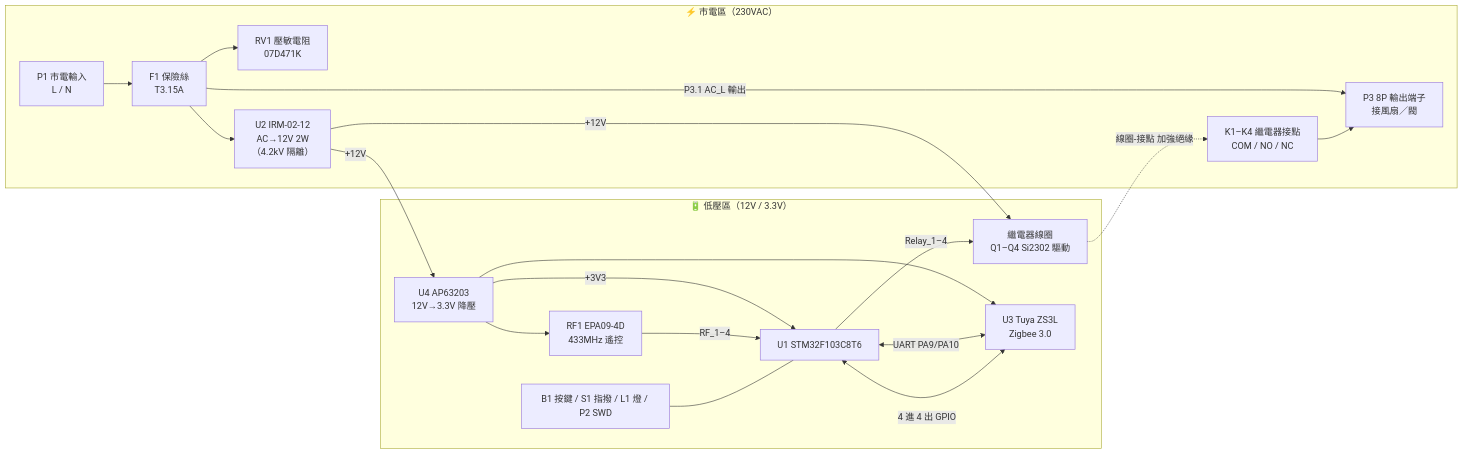
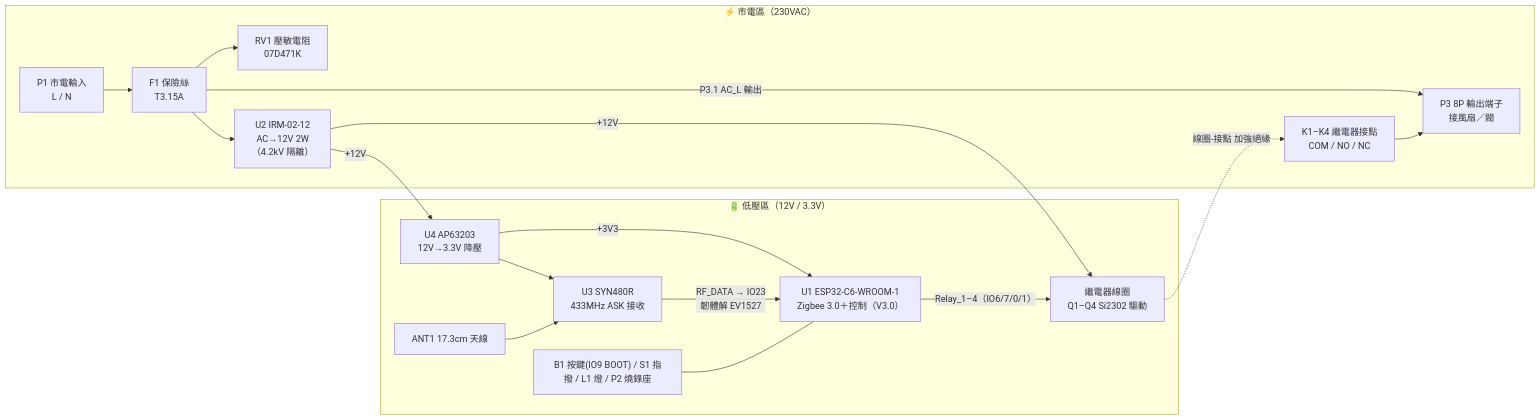
The first of 6 diagrams in README.md (WOOWTECH/Woow_zigbee_fresh_air_pcb), drawn with Mermaid before and after one commit. The commit also changed other lines of this file and 17 other files, not shown here.

First line of the commit message:
feat(v3.0): Tuya ZS3L＋EPA09-4D → ESP32-C6 單晶片＋SYN480R

````diff
--- a/README.md
+++ b/README.md
@@ -39,23 +42,21 @@
 ```mermaid
 flowchart LR
     subgraph MAINS["⚡ 市電區（230VAC）"]
         P1["P1 市電輸入<br/>L / N"] --> F1["F1 保險絲<br/>T3.15A"]
         F1 --> RV1["RV1 壓敏電阻<br/>07D471K"]
         F1 --> IRM["U2 IRM-02-12<br/>AC→12V 2W<br/>（4.2kV 隔離）"]
         F1 -->|"P3.1 AC_L 輸出"| P3
         K["K1–K4 繼電器接點<br/>COM / NO / NC"] --> P3["P3 8P 輸出端子<br/>接風扇／閥"]
     end
     subgraph SELV["🔋 低壓區（12V / 3.3V）"]
         IRM -->|"+12V"| BUCK["U4 AP63203<br/>12V→3.3V 降壓"]
         IRM -->|"+12V"| COIL["繼電器線圈<br/>Q1–Q4 Si2302 驅動"]
-        BUCK -->|"+3V3"| MCU["U1 STM32F103C8T6"]
-        BUCK --> ZB["U3 Tuya ZS3L<br/>Zigbee 3.0"]
-        BUCK --> RF["RF1 EPA09-4D<br/>433MHz 遙控"]
-        MCU <-->|"UART PA9/PA10"| ZB
-        MCU <-->|"4 進 4 出 GPIO"| ZB
-        RF -->|"RF_1–4"| MCU
-        MCU -->|"Relay_1–4"| COIL
-        UI["B1 按鍵 / S1 指撥 / L1 燈 / P2 SWD"] --- MCU
+        BUCK -->|"+3V3"| MCU["U1 ESP32-C6-WROOM-1<br/>Zigbee 3.0＋控制（V3.0）"]
+        BUCK --> RF["U3 SYN480R<br/>433MHz ASK 接收"]
+        ANT["ANT1 17.3cm 天線"] --> RF
+        RF -->|"RF_DATA → IO23<br/>韌體解 EV1527"| MCU
+        MCU -->|"Relay_1–4（IO6/7/0/1）"| COIL
+        UI["B1 按鍵(IO9 BOOT) / S1 指撥 / L1 燈 / P2 燒錄座"] --- MCU
     end
     COIL -.->|"線圈-接點 加強絕緣"| K
 ```
````
